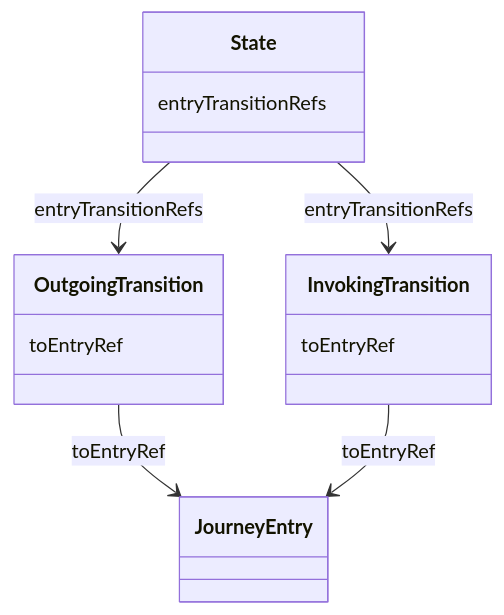
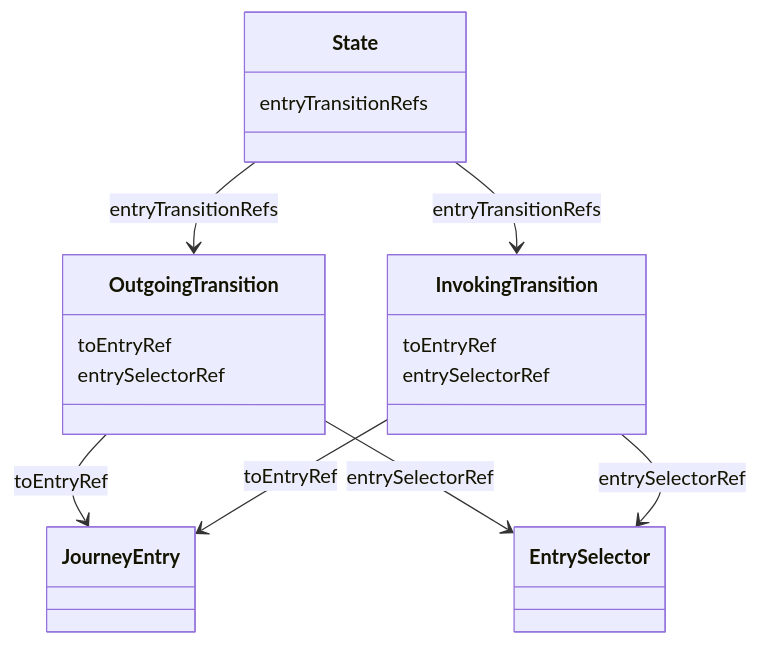
Before and after one commit to openuji/spec-ujg: the second of 15 diagrams in specs/ed/graph/index.md, drawn with Mermaid. The commit also changed other lines of this file and 27 other files, not shown here.

````diff
--- a/specs/ed/graph/index.md
+++ b/specs/ed/graph/index.md
@@ -116,18 +118,23 @@
 ```mermaid
 classDiagram
   class State {
     entryTransitionRefs
   }
   class OutgoingTransition {
     toEntryRef
+    entrySelectorRef
   }
   class InvokingTransition {
     toEntryRef
+    entrySelectorRef
   }
   class JourneyEntry
+  class EntrySelector
 
   State --> OutgoingTransition : entryTransitionRefs
   State --> InvokingTransition : entryTransitionRefs
   OutgoingTransition --> JourneyEntry : toEntryRef
   InvokingTransition --> JourneyEntry : toEntryRef
+  OutgoingTransition --> EntrySelector : entrySelectorRef
+  InvokingTransition --> EntrySelector : entrySelectorRef
 ```
````
